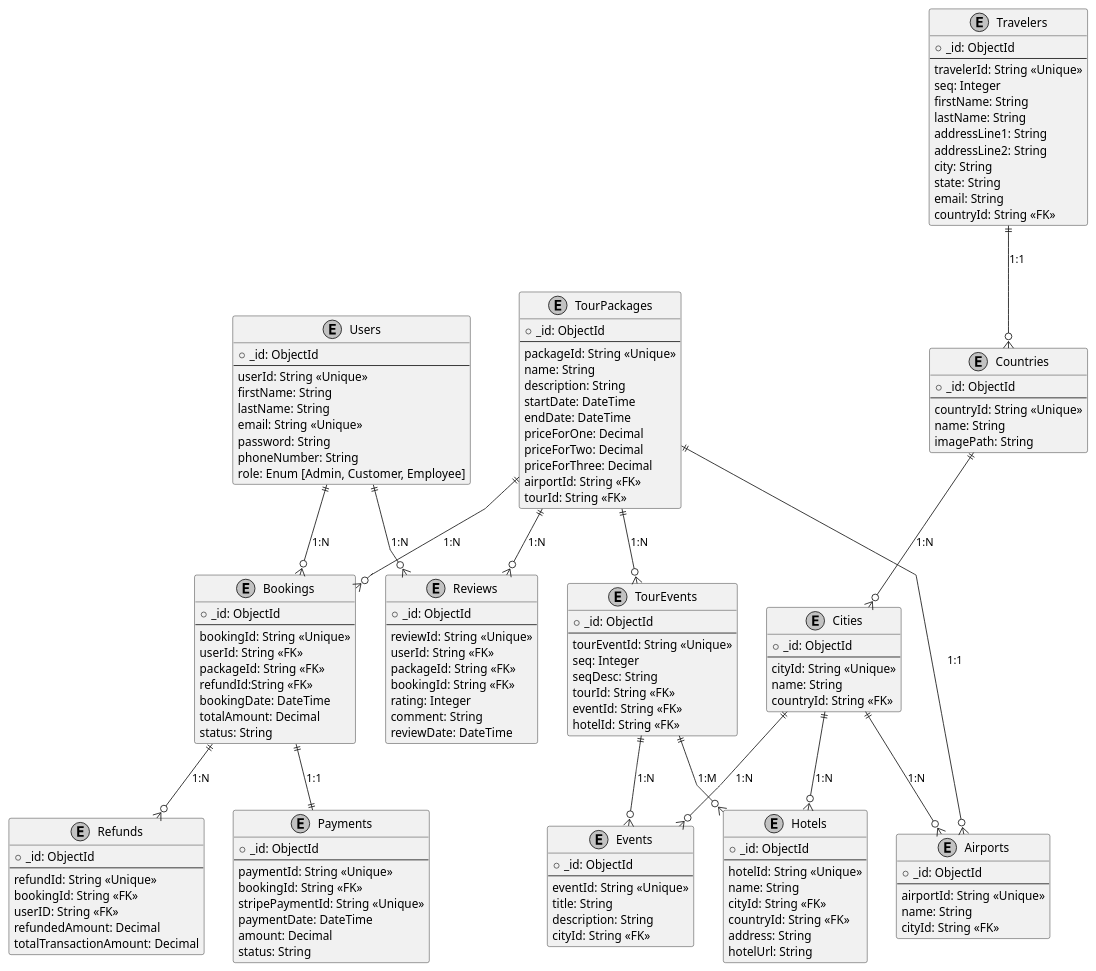
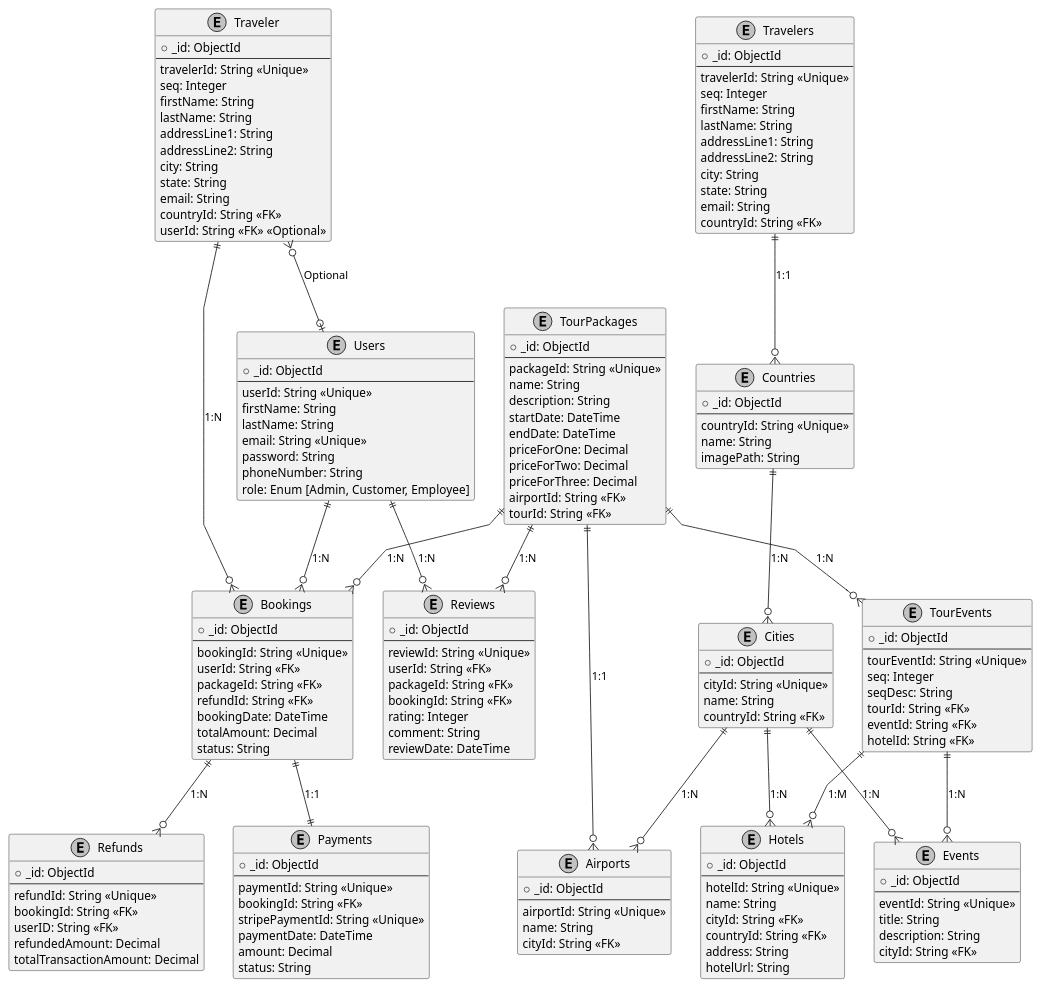
The diagram in diagrams/C4_l3/C4_l3_database.puml (Hares-2088/TravelTrove), drawn with PlantUML before and after one commit. The commit also changed 1 other file, not shown here.

```diff
--- a/diagrams/C4_l3/C4_l3_database.puml
+++ b/diagrams/C4_l3/C4_l3_database.puml
@@ -1,182 +1,188 @@
 @startuml
 skinparam linetype polyline
 skinparam monochrome true
 skinparam entity {
     BackgroundColor #DDEEFF
     BorderColor #3366CC
     FontColor Black
 }
 
 ' Entities
 entity "Users" as Users {
     + _id: ObjectId
     --
     userId: String <<Unique>>
     firstName: String
     lastName: String
     email: String <<Unique>>
     password: String
     phoneNumber: String
     role: Enum [Admin, Customer, Employee]
 }
 
 entity "Travelers" as Travelers {
     + _id: ObjectId
     --
     travelerId: String <<Unique>>
     seq: Integer
     firstName: String
     lastName: String
     addressLine1: String
     addressLine2: String
     city: String
     state: String
     email: String
     countryId: String <<FK>>
 }
 
 entity "TourPackages" as TourPackages {
     + _id: ObjectId
     --
     packageId: String <<Unique>>
     name: String
     description: String
     startDate: DateTime
     endDate: DateTime
     priceForOne: Decimal
     priceForTwo: Decimal
     priceForThree: Decimal
     airportId: String <<FK>>
     tourId: String <<FK>>
 }
 
 entity "Bookings" as Bookings {
     + _id: ObjectId
     --
     bookingId: String <<Unique>>
     userId: String <<FK>>
     packageId: String <<FK>>
-    refundId:String <<FK>>
+    refundId: String <<FK>>
     bookingDate: DateTime
     totalAmount: Decimal
     status: String
+}
+
+entity "Traveler" as Traveler {
+    + _id: ObjectId
+    --
+    travelerId: String <<Unique>>
+    seq: Integer
+    firstName: String
+    lastName: String
+    addressLine1: String
+    addressLine2: String
+    city: String
+    state: String
+    email: String
+    countryId: String <<FK>>
+    userId: String <<FK>> <<Optional>>
 }
 
 entity "Refunds" as Refunds {
     + _id: ObjectId
     --
     refundId: String <<Unique>>
     bookingId: String <<FK>>
     userID: String <<FK>>
     refundedAmount: Decimal
     totalTransactionAmount: Decimal
 }
 
 entity "Payments" as Payments {
     + _id: ObjectId
     --
     paymentId: String <<Unique>>
     bookingId: String <<FK>>
     stripePaymentId: String <<Unique>>
     paymentDate: DateTime
     amount: Decimal
     status: String
 }
 
 entity "Reviews" as Reviews {
     + _id: ObjectId
     --
     reviewId: String <<Unique>>
     userId: String <<FK>>
     packageId: String <<FK>>
     bookingId: String <<FK>>
     rating: Integer
     comment: String
     reviewDate: DateTime
 }
 
 entity "Hotels" as Hotels {
     + _id: ObjectId
     --
     hotelId: String <<Unique>>
     name: String
     cityId: String <<FK>>
     countryId: String <<FK>>
     address: String
     hotelUrl: String
 }
 
 entity "Airports" as Airports {
     + _id: ObjectId
     --
     airportId: String <<Unique>>
     name: String
     cityId: String <<FK>>
 }
 
 entity "Cities" as Cities {
     + _id: ObjectId
     --
     cityId: String <<Unique>>
     name: String
     countryId: String <<FK>>
 }
 
 entity "Countries" as Countries {
     + _id: ObjectId
     --
     countryId: String <<Unique>>
     name: String
     imagePath: String
 }
 
 entity "Events" as Events {
     + _id: ObjectId
     --
     eventId: String <<Unique>>
     title: String
     description: String
     cityId: String <<FK>>
 }
 
 entity "TourEvents" as TourEvents {
     + _id: ObjectId
     --
     tourEventId: String <<Unique>>
     seq: Integer
     seqDesc: String
     tourId: String <<FK>>
     eventId: String <<FK>>
     hotelId: String <<FK>>
 }
 
-'entity "EventImages" as EventImages {
-'    + _id: ObjectId
-'    --
-'    eventImageId: String <<Unique>>
-'    eventId: String <<FK>>
-'    seq: Integer
-'    imagePath: String
-'    description: String
-'}
-
 ' Relationships
 Users ||--o{ Bookings : "1:N"
 Users ||--o{ Reviews : "1:N"
 TourPackages ||--o{ Bookings : "1:N"
 TourPackages ||--o{ Reviews : "1:N"
 Bookings ||--|| Payments : "1:1"
 Cities ||--o{ Hotels : "1:N"
 Cities ||--o{ Airports : "1:N"
 Countries ||--o{ Cities : "1:N"
-'Events ||--o{ EventImages : "1:N"
 Cities ||--o{ Events : "1:N"
 TourPackages ||--o{ Airports : "1:1"
 TourPackages ||--o{ TourEvents : "1:N"
 TourEvents ||--o{ Events : "1:N"
 TourEvents ||--o{ Hotels : "1:M"
 "Bookings" ||--o{ "Refunds" : "1:N"
 Travelers ||--o{ Countries : "1:1"
-
+Traveler }o--o| Users : "Optional"
+Traveler ||--o{ Bookings : "1:N"
 
 @enduml
```
